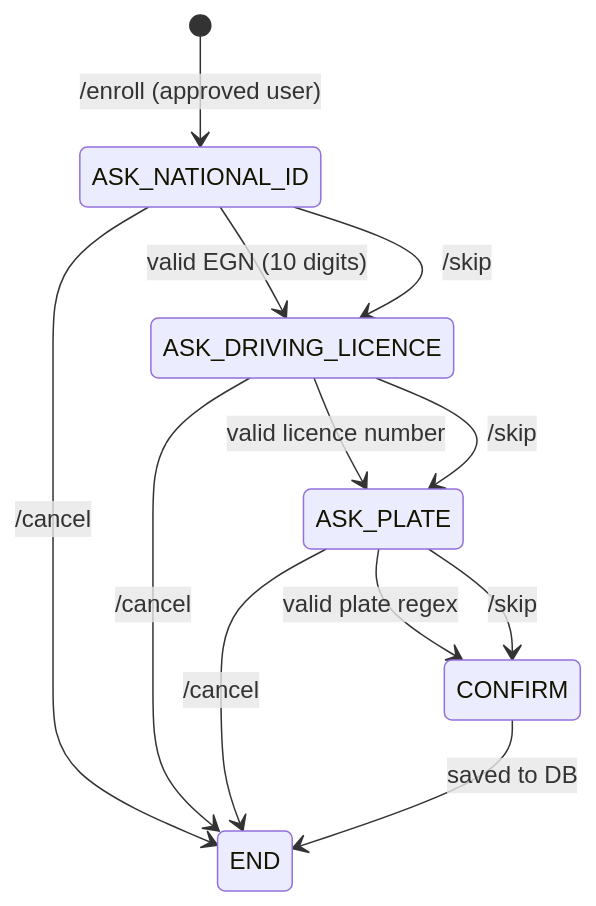
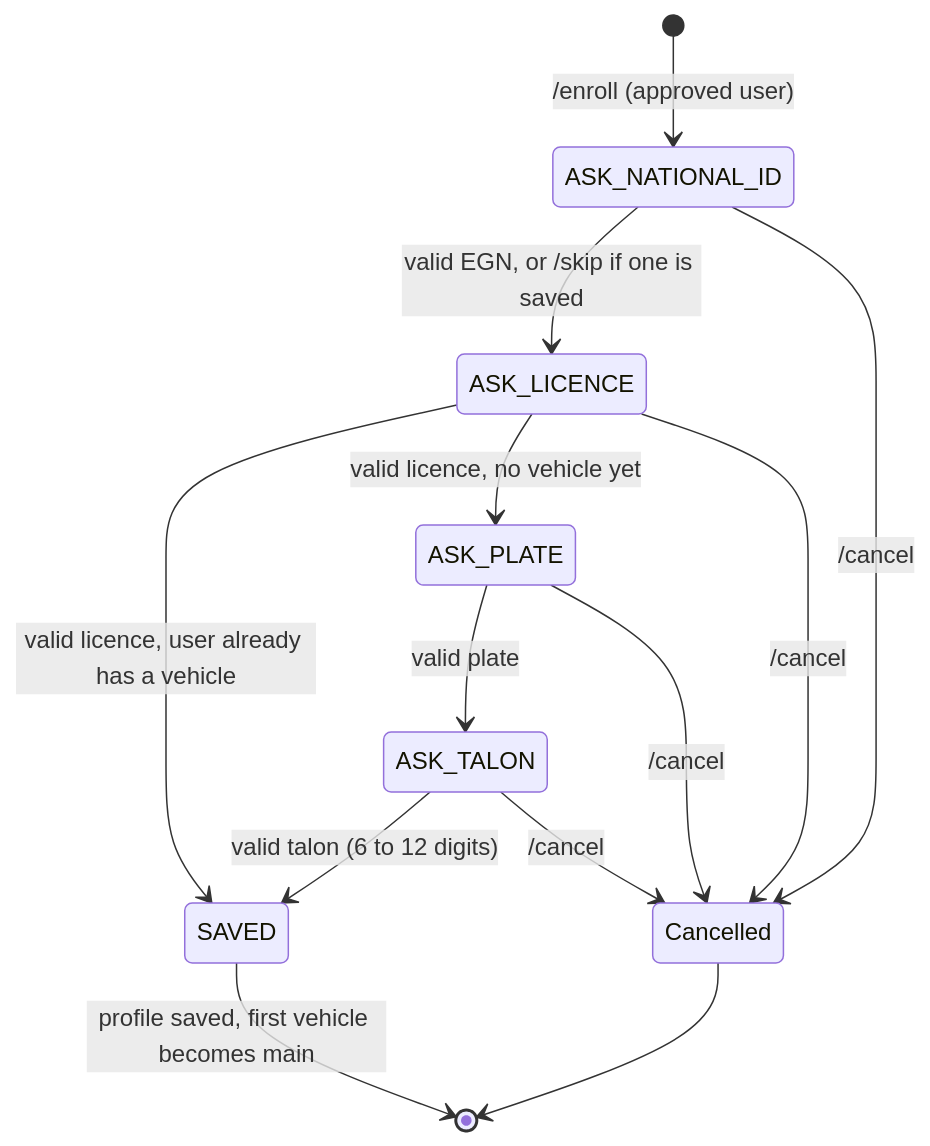
One commit to SecDevOpsPro/notify-telegram-bot changed the fifth of 9 diagrams in docs/plan.md. Above: the diagram before and after it, drawn with Mermaid. The commit also changed other lines of this file and 21 other files, not shown here.

````diff
--- a/docs/plan.md
+++ b/docs/plan.md
@@ -150,14 +181,15 @@
 ```mermaid
 stateDiagram-v2
     [*] --> ASK_NATIONAL_ID : /enroll (approved user)
-    ASK_NATIONAL_ID --> ASK_DRIVING_LICENCE : valid EGN (10 digits)
-    ASK_NATIONAL_ID --> ASK_DRIVING_LICENCE : /skip
-    ASK_NATIONAL_ID --> END : /cancel
-    ASK_DRIVING_LICENCE --> ASK_PLATE : valid licence number
-    ASK_DRIVING_LICENCE --> ASK_PLATE : /skip
-    ASK_DRIVING_LICENCE --> END : /cancel
-    ASK_PLATE --> CONFIRM : valid plate regex
-    ASK_PLATE --> CONFIRM : /skip
-    ASK_PLATE --> END : /cancel
-    CONFIRM --> END : saved to DB
+    ASK_NATIONAL_ID --> ASK_LICENCE : valid EGN, or /skip if one is saved
+    ASK_NATIONAL_ID --> Cancelled : /cancel
+    ASK_LICENCE --> SAVED : valid licence, user already has a vehicle
+    ASK_LICENCE --> ASK_PLATE : valid licence, no vehicle yet
+    ASK_LICENCE --> Cancelled : /cancel
+    ASK_PLATE --> ASK_TALON : valid plate
+    ASK_PLATE --> Cancelled : /cancel
+    ASK_TALON --> SAVED : valid talon (6 to 12 digits)
+    ASK_TALON --> Cancelled : /cancel
+    SAVED --> [*] : profile saved, first vehicle becomes main
+    Cancelled --> [*]
 ```
````
